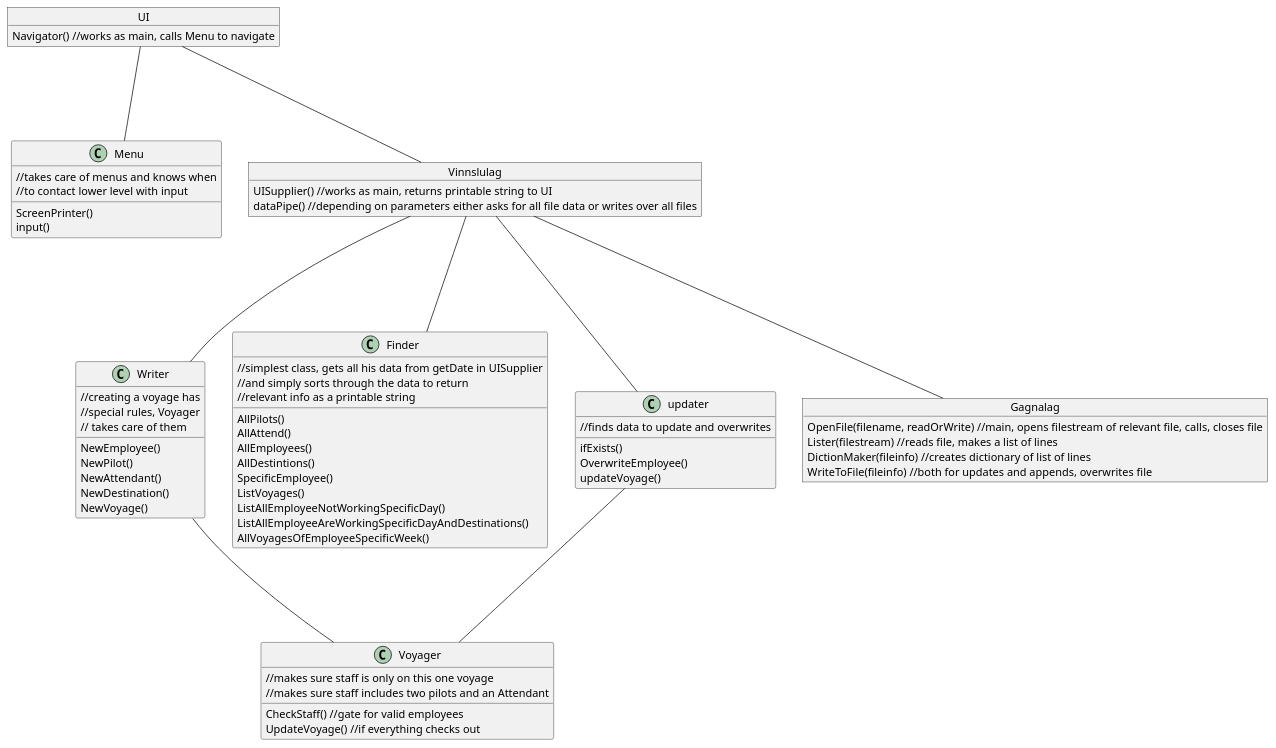
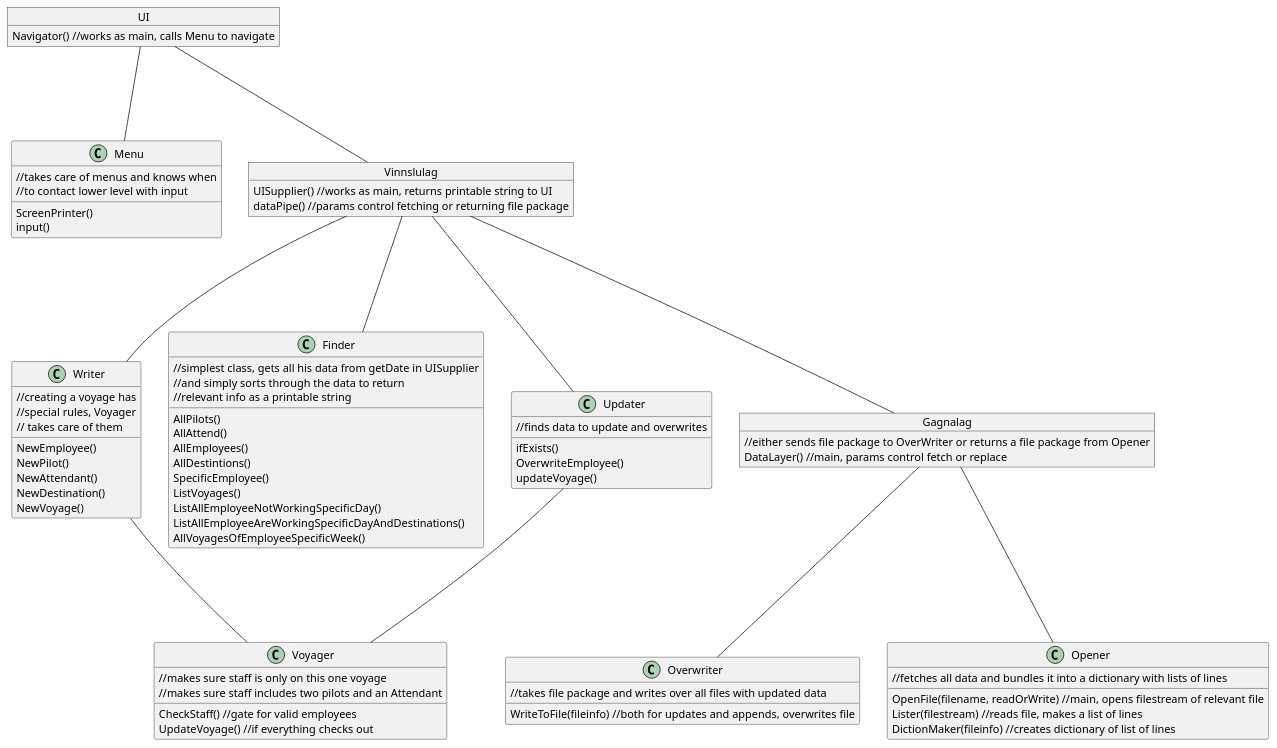
The diagram in klasarit.wsd (MyraMidnight/VLN1_h16), drawn with PlantUML before and after one commit.

Commit message:
Done hopefully

```diff
--- a/klasarit.wsd
+++ b/klasarit.wsd
@@ -3,73 +3,85 @@
 @startuml Klasarit
 object UI {
     Navigator() //works as main, calls Menu to navigate
 }
 
 class Menu {
     //takes care of menus and knows when
     //to contact lower level with input
     ScreenPrinter()
     input()
 }
 
 object Vinnslulag {
     UISupplier() //works as main, returns printable string to UI
-    dataPipe() //depending on parameters either asks for all file data or writes over all files
+    dataPipe() //params control fetching or returning file package
 }
 
 class Writer {
     //creating a voyage has 
     //special rules, Voyager
     // takes care of them
     NewEmployee()
     NewPilot()
     NewAttendant()
     NewDestination()
     NewVoyage()
 }
 
 class Voyager {
     //makes sure staff is only on this one voyage
     //makes sure staff includes two pilots and an Attendant
 
     CheckStaff() //gate for valid employees
     UpdateVoyage() //if everything checks out
 }
 
 class Finder {
     //simplest class, gets all his data from getDate in UISupplier
     //and simply sorts through the data to return
     //relevant info as a printable string
     AllPilots()
     AllAttend()
     AllEmployees()
     AllDestintions()
     SpecificEmployee()
     ListVoyages()
     ListAllEmployeeNotWorkingSpecificDay()
     ListAllEmployeeAreWorkingSpecificDayAndDestinations()
     AllVoyagesOfEmployeeSpecificWeek()
 }
 
-class updater {
+class Updater {
     //finds data to update and overwrites
     ifExists()
     OverwriteEmployee()
     updateVoyage()
 }
 
 object Gagnalag {
-    OpenFile(filename, readOrWrite) //main, opens filestream of relevant file, calls, closes file
+    //either sends file package to OverWriter or returns a file package from Opener
+    DataLayer() //main, params control fetch or replace
+}
+
+class Overwriter {
+    //takes file package and writes over all files with updated data
+    WriteToFile(fileinfo) //both for updates and appends, overwrites file
+}
+
+class Opener {
+    //fetches all data and bundles it into a dictionary with lists of lines
+    OpenFile(filename, readOrWrite) //main, opens filestream of relevant file
     Lister(filestream) //reads file, makes a list of lines
     DictionMaker(fileinfo) //creates dictionary of list of lines
-    WriteToFile(fileinfo) //both for updates and appends, overwrites file
 }
 UI --- Vinnslulag
 UI --- Menu
 Vinnslulag --- Finder
 Vinnslulag --- Gagnalag
 Vinnslulag --- Writer
-Vinnslulag --- updater
-updater --- Voyager
+Vinnslulag --- Updater
+Updater --- Voyager
 Writer  --- Voyager
+Gagnalag --- Opener
+Gagnalag --- Overwriter
 @enduml
```
